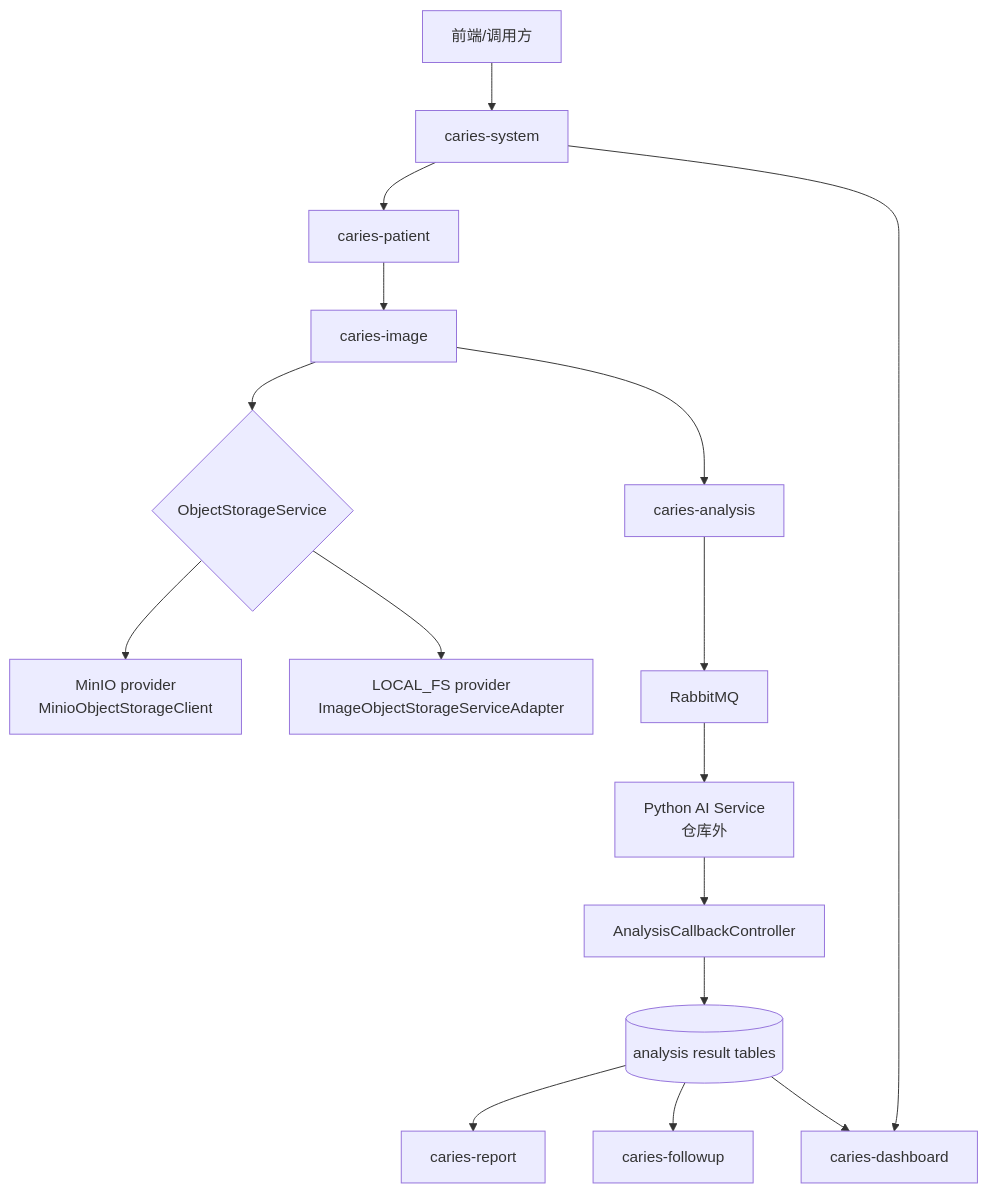
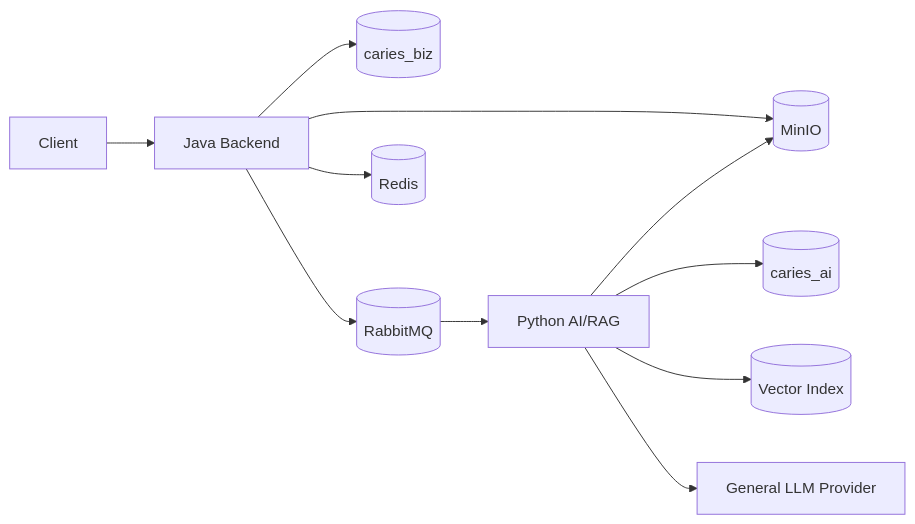
One commit to lizhuoheng47/caries_guard changed the first of 6 diagrams in Documents/02_UML图集.md. Above: the diagram before and after it, drawn with Mermaid. The commit also changed other lines of this file and 25 other files, not shown here.

````diff
--- a/Documents/02_UML图集.md
+++ b/Documents/02_UML图集.md
@@ -9,18 +5,13 @@
 ```mermaid
-flowchart TB
-  Client[前端/调用方] --> Auth[caries-system]
-  Auth --> Patient[caries-patient]
-  Patient --> Image[caries-image]
-  Image --> Storage{ObjectStorageService}
-  Storage --> MinIO[MinIO provider\nMinioObjectStorageClient]
-  Storage --> LocalFS[LOCAL_FS provider\nImageObjectStorageServiceAdapter]
-  Image --> Analysis[caries-analysis]
-  Analysis --> MQ[RabbitMQ]
-  MQ --> Python[Python AI Service\n仓库外]
-  Python --> Callback[AnalysisCallbackController]
-  Callback --> Result[(analysis result tables)]
-  Result --> Report[caries-report]
-  Result --> Followup[caries-followup]
-  Result --> Dashboard[caries-dashboard]
-  Auth --> Dashboard
+flowchart LR
+  Client[Client] --> Java[Java Backend]
+  Java --> BizDB[(caries_biz)]
+  Java --> MinIO[(MinIO)]
+  Java --> MQ[(RabbitMQ)]
+  Java --> Redis[(Redis)]
+  MQ --> Python[Python AI/RAG]
+  Python --> AiDB[(caries_ai)]
+  Python --> MinIO
+  Python --> Vector[(Vector Index)]
+  Python --> LLM[General LLM Provider]
 ```
````
